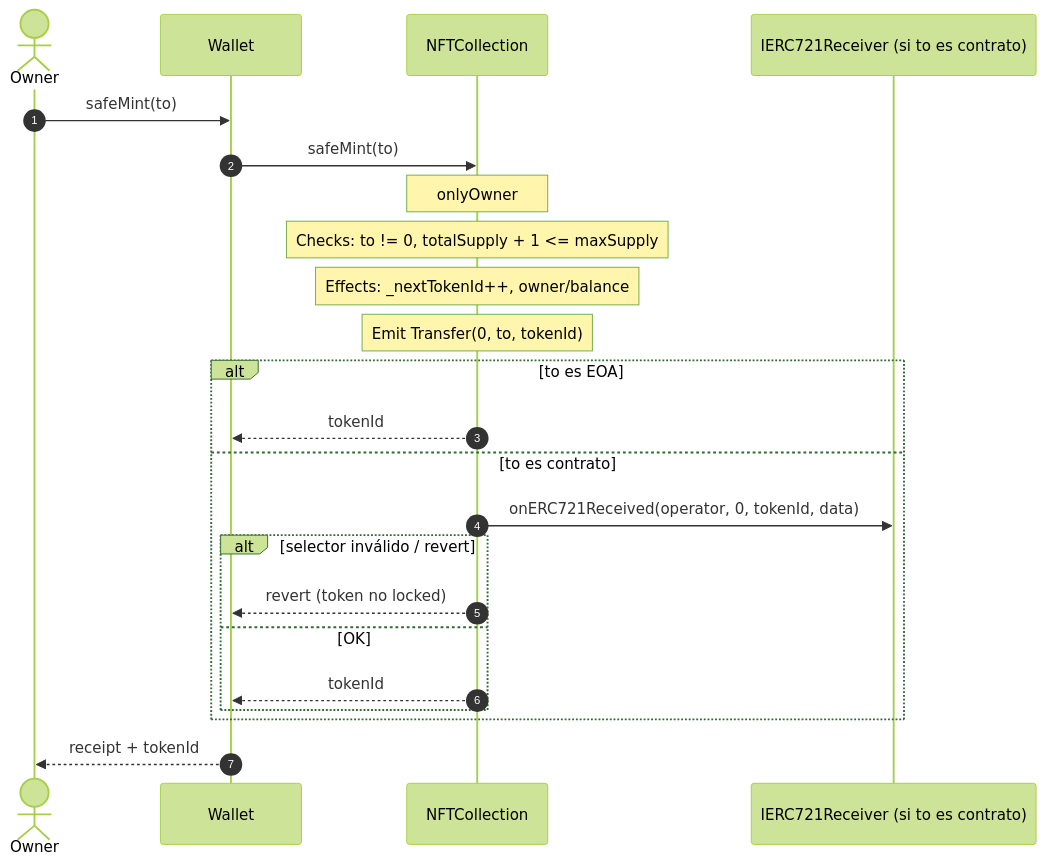
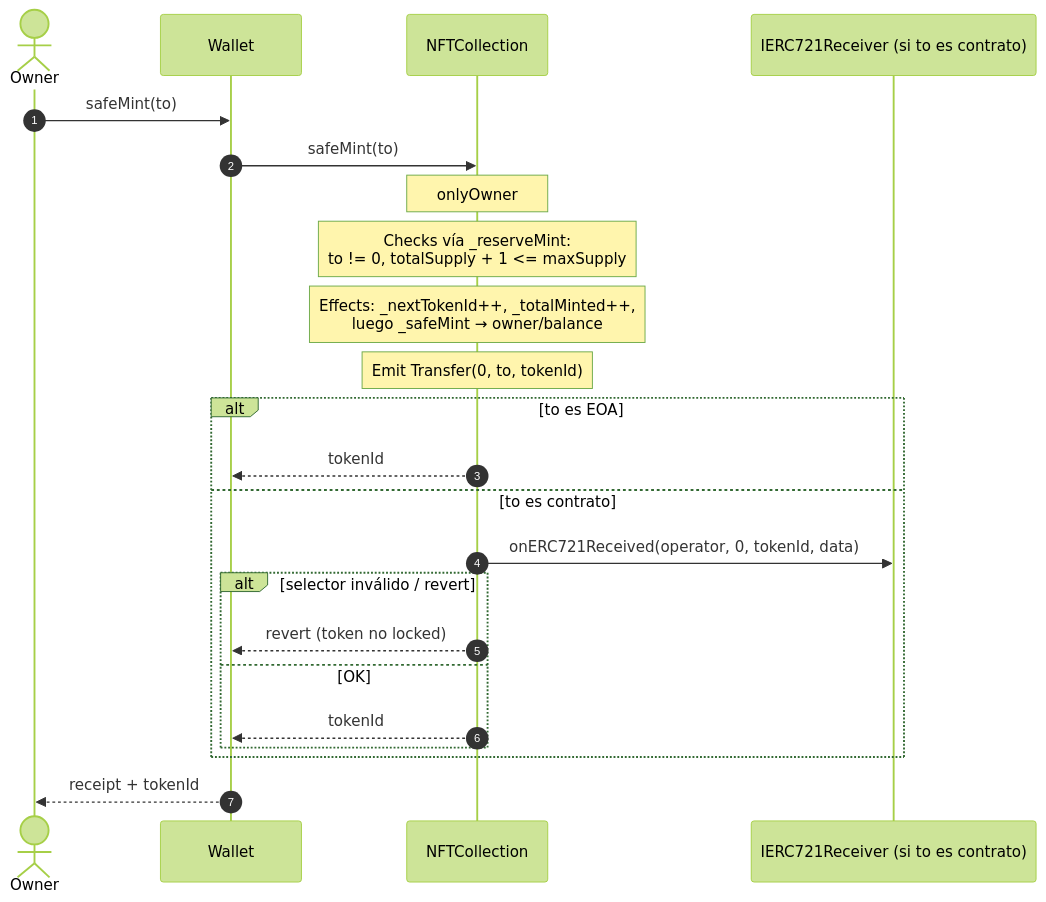
Before and after one commit to rastrahm/erc721: the first of 10 diagrams in doc/02-diagrama-flujo.md, drawn with Mermaid (forest theme). The commit also changed other lines of this file and 10 other files, not shown here.

````diff
--- a/doc/02-diagrama-flujo.md
+++ b/doc/02-diagrama-flujo.md
@@ -9,26 +10,26 @@
 ```mermaid
 sequenceDiagram
     autonumber
     actor O as Owner
     participant W as Wallet
     participant N as NFTCollection
     participant R as IERC721Receiver (si to es contrato)
 
     O->>W: safeMint(to)
     W->>N: safeMint(to)
     Note over N: onlyOwner
-    Note over N: Checks: to != 0, totalSupply + 1 <= maxSupply
-    Note over N: Effects: _nextTokenId++, owner/balance
+    Note over N: Checks vía _reserveMint:<br/>to != 0, totalSupply + 1 <= maxSupply
+    Note over N: Effects: _nextTokenId++, _totalMinted++,<br/>luego _safeMint → owner/balance
     Note over N: Emit Transfer(0, to, tokenId)
     alt to es EOA
         N-->>W: tokenId
     else to es contrato
         N->>R: onERC721Received(operator, 0, tokenId, data)
         alt selector inválido / revert
             N-->>W: revert (token no locked)
         else OK
             N-->>W: tokenId
         end
     end
     W-->>O: receipt + tokenId
 ```
````
